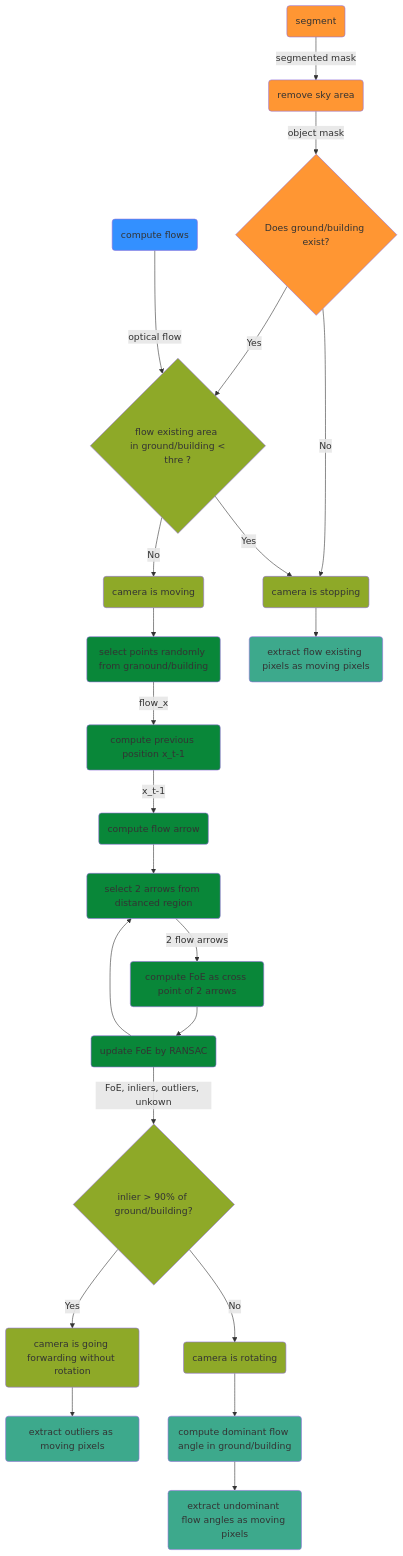
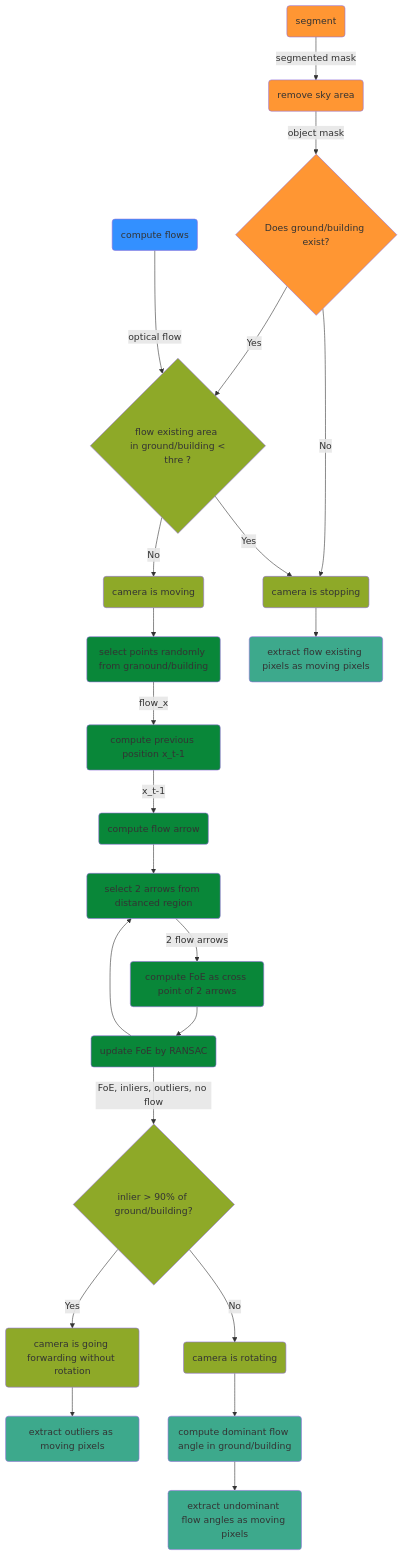
The diagram in doc/flowchart_foebased_movingobjectdetection.md (MasahiroOgawa/reconstruct4D), drawn with Mermaid before and after one commit.

Commit message:
unknown to no flow in flow chart.

````diff
--- a/doc/flowchart_foebased_movingobjectdetection.md
+++ b/doc/flowchart_foebased_movingobjectdetection.md
@@ -1,30 +1,30 @@
 ```mermaid
 flowchart TD
     D(segment):::seg --> |segmented mask| P(remove sky area):::seg
     P --> |object mask| R{Does ground/building exist?}:::seg
     R --> |Yes| M{flow existing area \n in ground/building < thre ?}:::cam
     R --> |No| N
     A(compute flows) -->|optical flow| M
     M --> |Yes| N(camera is stopping):::cam
     M --> |No| O(camera is moving):::cam
     O --> B(select points randomly from granound/building):::foe
     B --> |flow_x| C(compute previous position x_t-1):::foe
     C --> |x_t-1| E(compute flow arrow):::foe
     E --> F(select 2 arrows from distanced region):::foe
     F --> |2 flow arrows| G(compute FoE as cross point of 2 arrows):::foe
     H --> F
     G --> H(update FoE by RANSAC):::foe
-    H --> |FoE, inliers, outliers, unkown| I{inlier > 90% of ground/building?}:::cam
+    H --> |FoE, inliers, outliers, no flow| I{inlier > 90% of ground/building?}:::cam
     I --> |Yes| S(camera is going forwarding without rotation):::cam
     S --> J(extract outliers as moving pixels):::movpix
     I --> |No| T(camera is rotating):::cam
     T --> K(compute dominant flow angle in ground/building):::movpix
     N --> Q(extract flow existing pixels as moving pixels):::movpix
     K --> L(extract undominant flow angles as moving pixels):::movpix
 
     style A fill:#3390FF
     classDef seg fill:#FF9633 
     classDef foe fill:#098739
     classDef cam fill: #8EA928
     classDef movpix fill: #3DA98C
 ```
````
